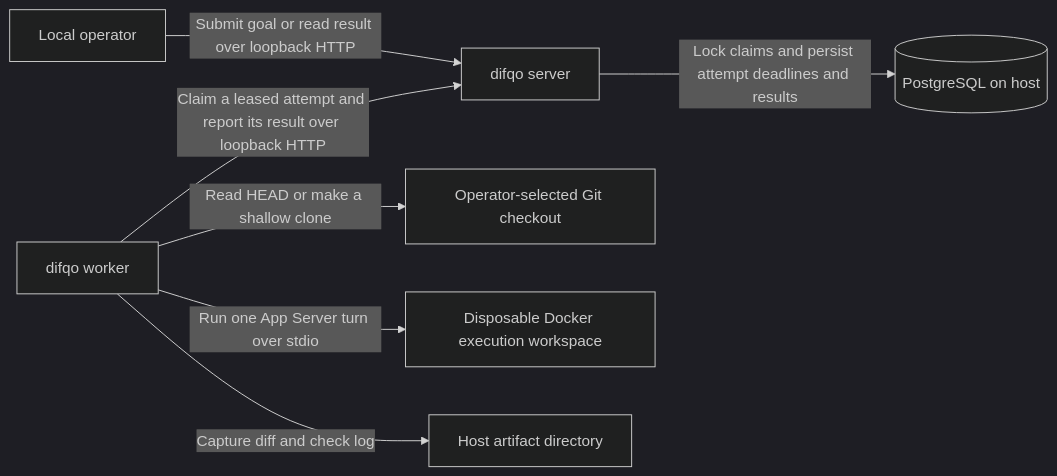
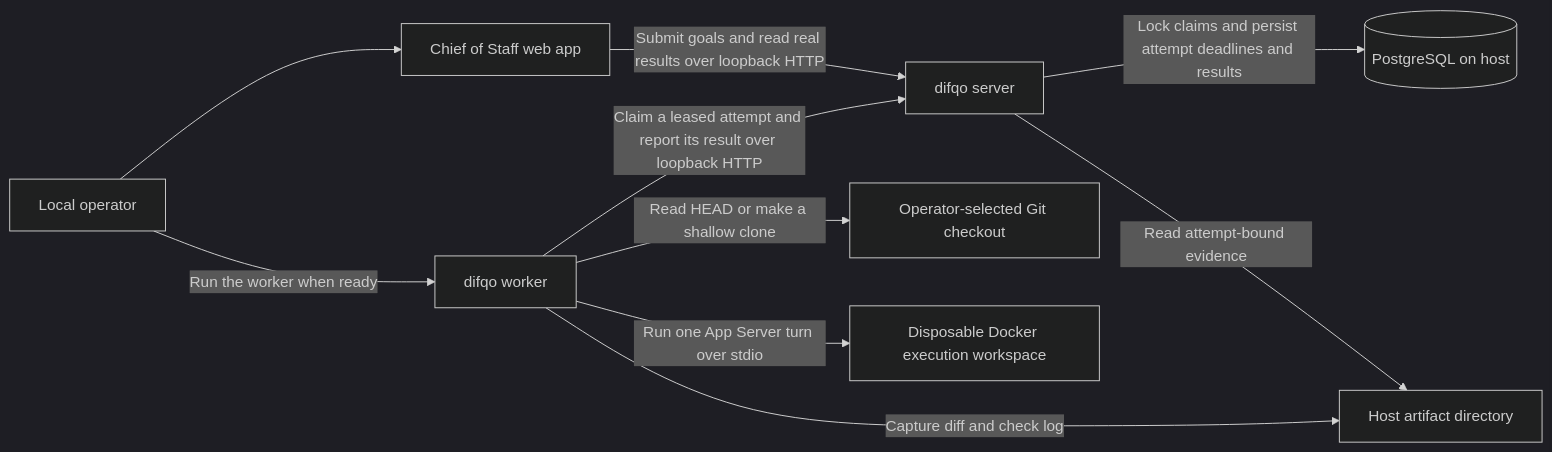
Before and after one commit to nep-ai/difqo: the first of 2 diagrams in docs/architecture.md, drawn with Mermaid (dark theme). The commit also changed other lines of this file and 18 other files, not shown here.

First line of the commit message:
Add the local Chief of Staff web app (#25)

````diff
--- a/docs/architecture.md
+++ b/docs/architecture.md
@@ -5,9 +5,12 @@
 ```mermaid
 flowchart LR
-    Operator["Local operator"] -->|"Submit goal or read result over loopback HTTP"| Server["difqo server"]
+    Operator["Local operator"] --> Browser["Chief of Staff web app"]
+    Browser -->|"Submit goals and read real results over loopback HTTP"| Server["difqo server"]
+    Operator -->|"Run the worker when ready"| Worker
     Worker["difqo worker"] -->|"Claim a leased attempt and report its result over loopback HTTP"| Server
     Server -->|"Lock claims and persist attempt deadlines and results"| Postgres[("PostgreSQL on host")]
     Worker -->|"Read HEAD or make a shallow clone"| Repo["Operator-selected Git checkout"]
     Worker -->|"Run one App Server turn over stdio"| Codex["Disposable Docker execution workspace"]
     Worker -->|"Capture diff and check log"| Artifacts["Host artifact directory"]
+    Server -->|"Read attempt-bound evidence"| Artifacts
 ```
````
